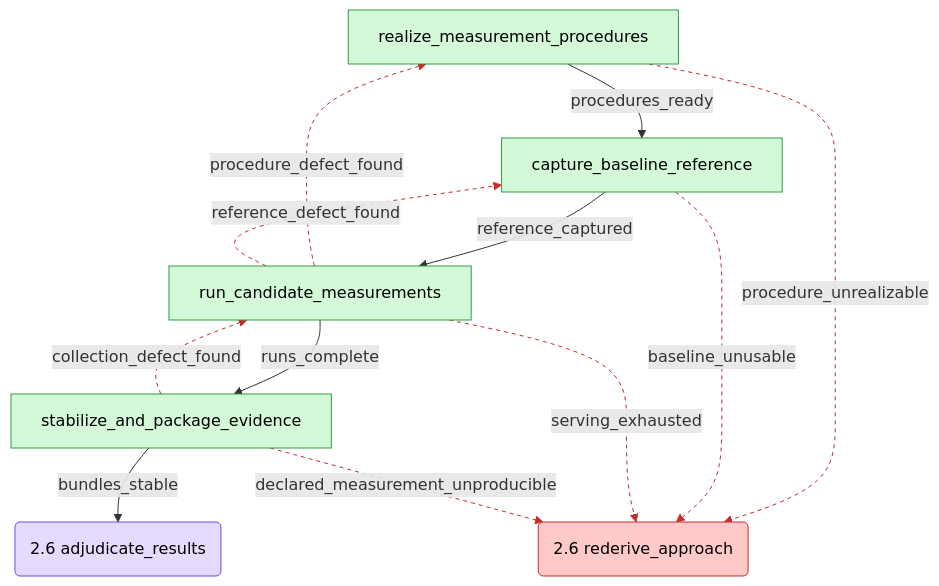
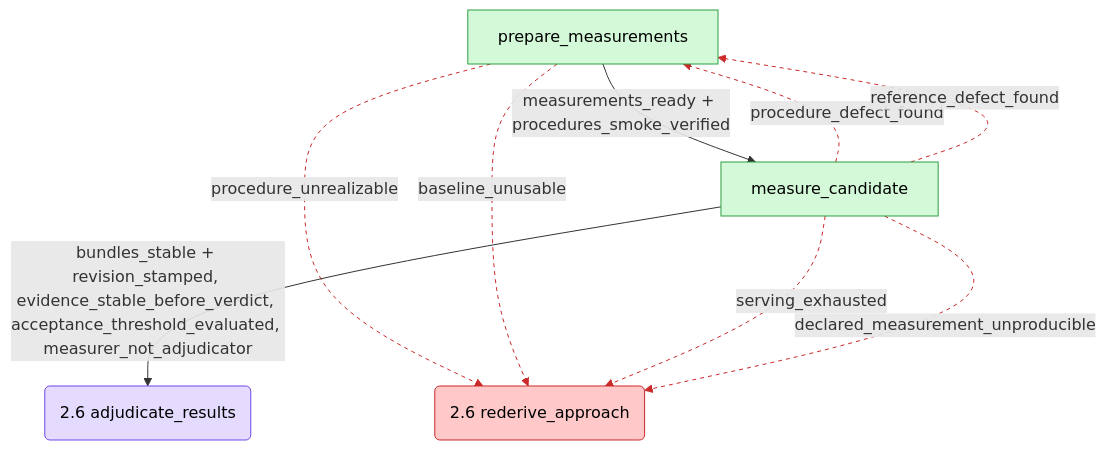
One commit to jinhuang12/pave changed the sixth of 7 diagrams in generated-plugins/vllm-neuron-parity/README.md. Above: the diagram before and after it, drawn with Mermaid. The commit also changed other lines of this file and 138 other files, not shown here.

````diff
--- a/generated-plugins/vllm-neuron-parity/README.md
+++ b/generated-plugins/vllm-neuron-parity/README.md
@@ -347,21 +348,23 @@
 ```mermaid
 flowchart TD
-  rmp[realize_measurement_procedures] -->|procedures_ready| cbr[capture_baseline_reference]
-  rmp -->|procedure_unrealizable| rede(2.6 rederive_approach)
-  cbr -->|reference_captured| rcm[run_candidate_measurements]
-  cbr -->|baseline_unusable| rede
-  rcm -->|runs_complete| spe[stabilize_and_package_evidence]
-  rcm -->|procedure_defect_found| rmp
-  rcm -->|reference_defect_found| cbr
-  rcm -->|serving_exhausted| rede
-  spe -->|bundles_stable| adj(2.6 adjudicate_results)
-  spe -->|collection_defect_found| rcm
-  spe -->|declared_measurement_unproducible| rede
-  class rmp,cbr,rcm,spe cMeas
+  pm[prepare_measurements] -->|measurements_ready + procedures_smoke_verified| mc[measure_candidate]
+  pm -->|procedure_unrealizable| rede(2.6 rederive_approach)
+  pm -->|baseline_unusable| rede
+  mc -->|bundles_stable + revision_stamped, evidence_stable_before_verdict, acceptance_threshold_evaluated, measurer_not_adjudicator| adj(2.6 adjudicate_results)
+  mc -->|procedure_defect_found| pm
+  mc -->|reference_defect_found| pm
+  mc -->|serving_exhausted| rede
+  mc -->|declared_measurement_unproducible| rede
+  class pm,mc cMeas
   class rede cRec
   class adj cAdj
+  classDef cInv fill:#cfe2ff,stroke:#1971c2,color:#000
+  classDef cImpl fill:#ffd8a8,stroke:#e8590c,color:#000
   classDef cMeas fill:#d3f9d8,stroke:#2f9e44,color:#000
+  classDef cAdj fill:#e5dbff,stroke:#7048e8,color:#000
+  classDef cRev fill:#fcc2d7,stroke:#d6336c,color:#000
   classDef cRec fill:#ffc9c9,stroke:#c92a2a,color:#000
-  classDef cAdj fill:#e5dbff,stroke:#7048e8,color:#000
-  linkStyle 1,3,5,6,7,9,10 stroke:#c92a2a,stroke-dasharray:4
+  classDef cGate fill:#e9ecef,stroke:#495057,color:#000
+  classDef cEnd fill:#dee2e6,stroke:#868e96,color:#000
+  linkStyle 1,2,4,5,6,7 stroke:#c92a2a,stroke-dasharray:4
 ```
````
